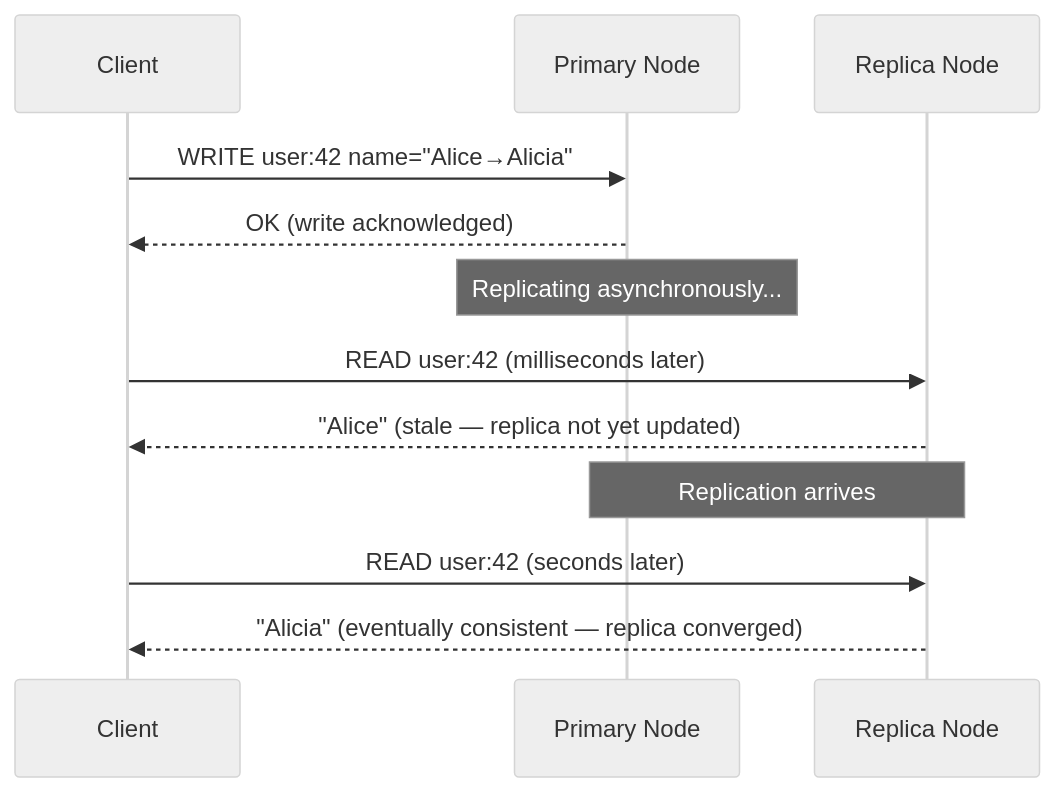
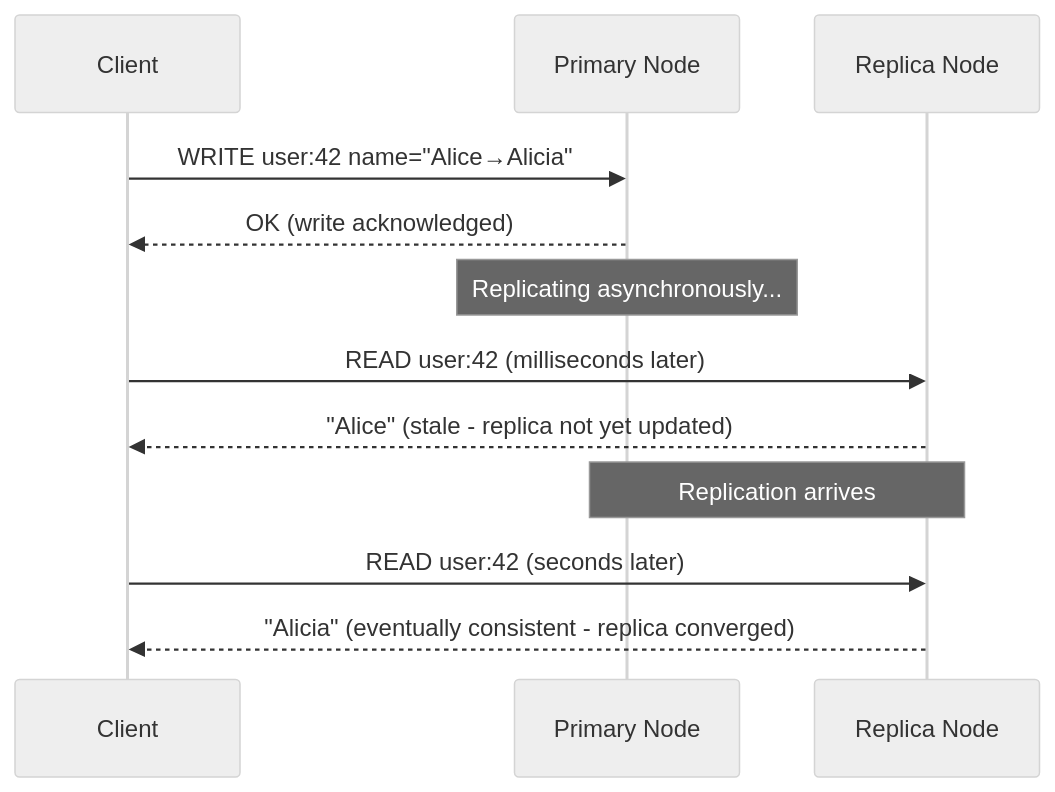
Before and after one commit to b-balakrishna/system-design: the second of 4 diagrams in phase-2-foundations/topic-19-sql-vs-nosql.md, drawn with Mermaid (neutral theme). The commit also changed other lines of this file and 165 other files, not shown here.

Commit message:
feat: add comprehensive system design documentation covering foundations, backend, frontend, distributed systems, and AI/ML architectures

````diff
--- a/phase-2-foundations/topic-19-sql-vs-nosql.md
+++ b/phase-2-foundations/topic-19-sql-vs-nosql.md
@@ -47,17 +47,17 @@
 ```mermaid
 sequenceDiagram
     participant Client
     participant Node1 as Primary Node
     participant Node2 as Replica Node
 
     Client->>Node1: WRITE user:42 name="Alice→Alicia"
     Node1-->>Client: OK (write acknowledged)
     Note over Node1: Replicating asynchronously...
 
     Client->>Node2: READ user:42 (milliseconds later)
-    Node2-->>Client: "Alice" (stale — replica not yet updated)
+    Node2-->>Client: "Alice" (stale  -  replica not yet updated)
     Note over Node1,Node2: Replication arrives
 
     Client->>Node2: READ user:42 (seconds later)
-    Node2-->>Client: "Alicia" (eventually consistent — replica converged)
+    Node2-->>Client: "Alicia" (eventually consistent  -  replica converged)
 ```
````
